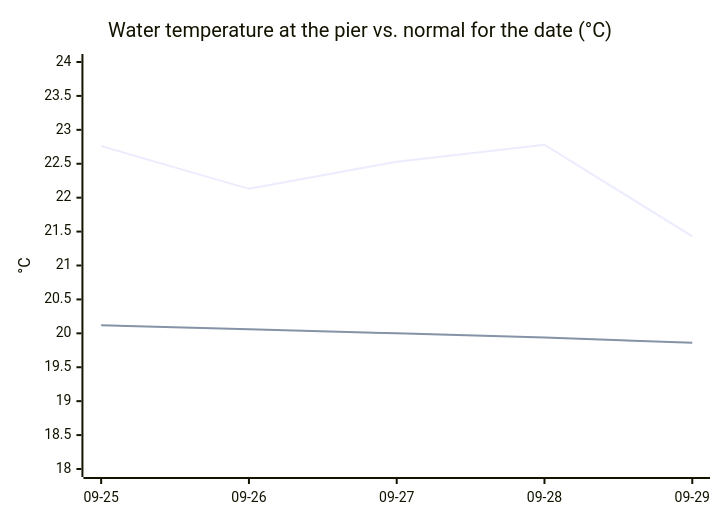
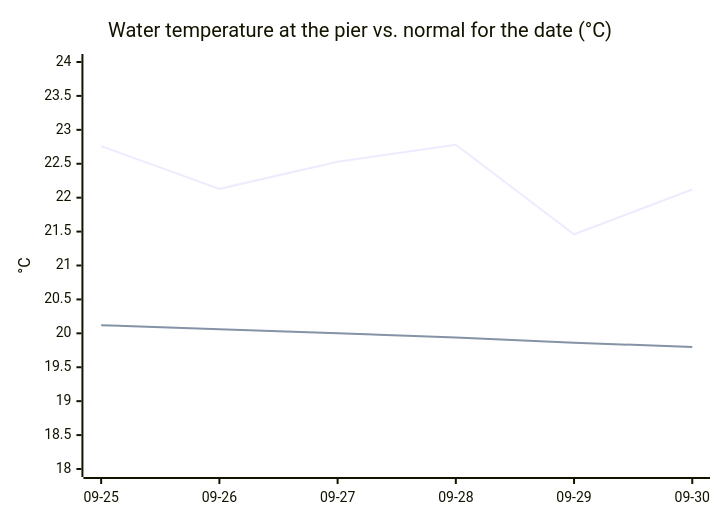
The third of 3 diagrams in README.md (joshuafrommeyer-35/PierTracker), drawn with Mermaid before and after one commit. The commit also changed other lines of this file and 7 other files, not shown here.

````diff
--- a/README.md
+++ b/README.md
@@ -143,8 +150,8 @@
 ```mermaid
 xychart-beta
     title "Water temperature at the pier vs. normal for the date (°C)"
-    x-axis ["09-25", "09-26", "09-27", "09-28", "09-29"]
+    x-axis ["09-25", "09-26", "09-27", "09-28", "09-29", "09-30"]
     y-axis "°C" 18 --> 24
-    line [22.76, 22.13, 22.53, 22.78, 21.43]
-    line [20.12, 20.06, 20.0, 19.94, 19.86]
+    line [22.76, 22.13, 22.53, 22.78, 21.46, 22.12]
+    line [20.12, 20.06, 20.0, 19.94, 19.86, 19.8]
 ```
````
